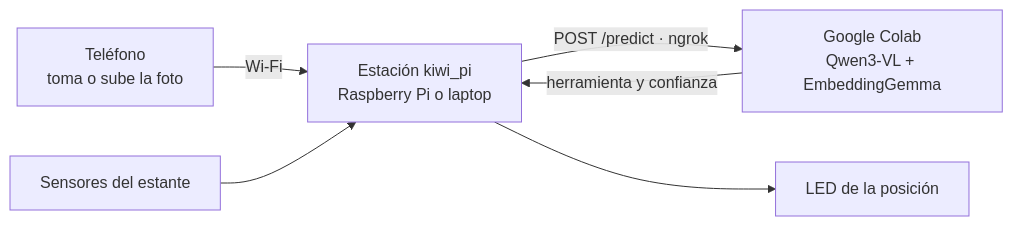
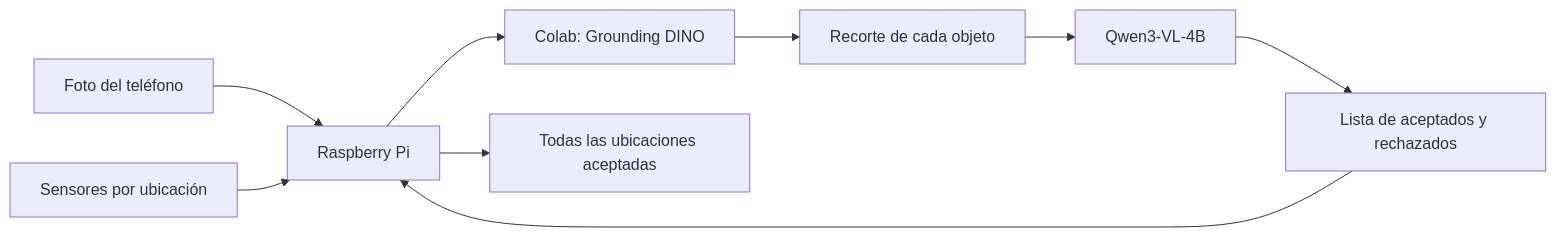
One commit to fcanas574/kiwi changed the diagram in README.md. Above: the diagram before and after it, drawn with Mermaid. The commit also changed other lines of this file and 4 other files, not shown here.

Commit message:
Document the primary multiobject recognition and return flow

````diff
--- a/README.md
+++ b/README.md
@@ -9,8 +7,11 @@
 ```mermaid
 flowchart LR
-    T[Teléfono<br>toma o sube la foto] -- Wi-Fi --> S[Estación kiwi_pi<br>Raspberry Pi o laptop]
-    S -- POST /predict · ngrok --> C[Google Colab<br>Qwen3-VL + EmbeddingGemma]
-    C -- herramienta y confianza --> S
-    S --> L[LED de la posición]
-    P[Sensores del estante] --> S
+    T[Foto del teléfono] --> P[Raspberry Pi]
+    P --> D[Colab: Grounding DINO]
+    D --> C[Recorte de cada objeto]
+    C --> Q[Qwen3-VL-4B]
+    Q --> R[Lista de aceptados y rechazados]
+    R --> P
+    P --> L[Todas las ubicaciones aceptadas]
+    S[Sensores por ubicación] --> P
 ```
````
